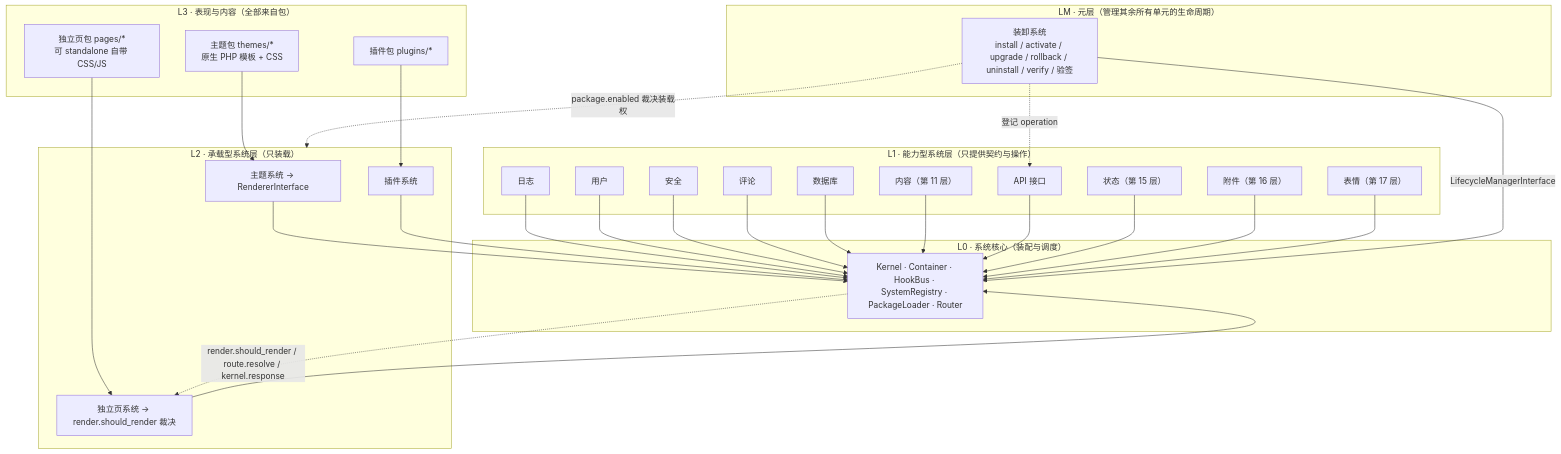
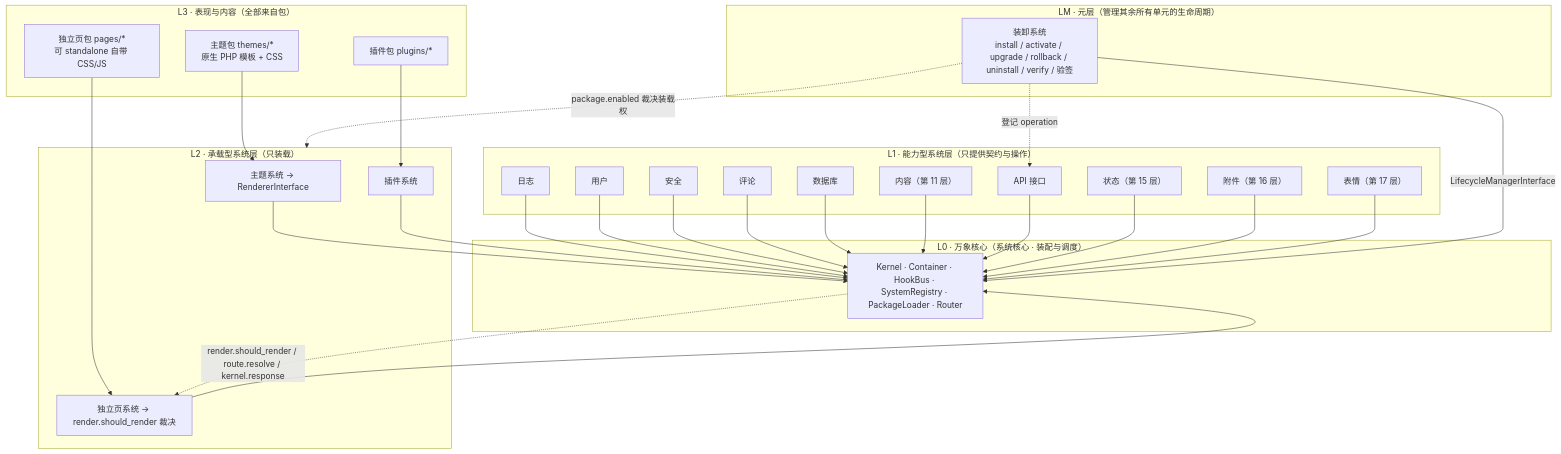
Before and after one commit to Lisir2002/Mini_Blog: the diagram in docs/ARCHITECTURE.md, drawn with Mermaid. The commit also changed other lines of this file and 12 other files, not shown here.

````diff
--- a/docs/ARCHITECTURE.md
+++ b/docs/ARCHITECTURE.md
@@ -74,32 +74,32 @@
 ```mermaid
 flowchart TB
     subgraph L3["L3 · 表现与内容（全部来自包）"]
         T["主题包 themes/*<br/>原生 PHP 模板 + CSS"]
         P["插件包 plugins/*"]
         G["独立页包 pages/*<br/>可 standalone 自带 CSS/JS"]
     end
     subgraph L2["L2 · 承载型系统层（只装载）"]
         TS["主题系统 → RendererInterface"]
         PS["插件系统"]
         GS["独立页系统 → render.should_render 裁决"]
     end
     subgraph L1["L1 · 能力型系统层（只提供契约与操作）"]
         LOG["日志"]; USR["用户"]; SEC["安全"]; CMT["评论"]; DB["数据库"]
         CNT["内容（第 11 层）"]; API["API 接口"]; ST["状态（第 15 层）"]
         ATT["附件（第 16 层）"]; EMJ["表情（第 17 层）"]
     end
     subgraph LM["LM · 元层（管理其余所有单元的生命周期）"]
         LC["装卸系统<br/>install / activate / upgrade / rollback / uninstall / verify / 验签"]
     end
-    subgraph L0["L0 · 系统核心（装配与调度）"]
+    subgraph L0["L0 · 万象核心（系统核心 · 装配与调度）"]
         K["Kernel · Container · HookBus · SystemRegistry · PackageLoader · Router"]
     end
     T --> TS; P --> PS; G --> GS
     TS --> K; PS --> K; GS --> K
     LOG --> K; USR --> K; SEC --> K; CMT --> K; DB --> K; CNT --> K; API --> K; ST --> K
     ATT --> K; EMJ --> K
     LC -->|LifecycleManagerInterface| K
     LC -.->|"package.enabled 裁决装载权"| L2
     LC -.->|"登记 operation"| API
     K -.->|"render.should_render / route.resolve / kernel.response"| GS
 ```
````
